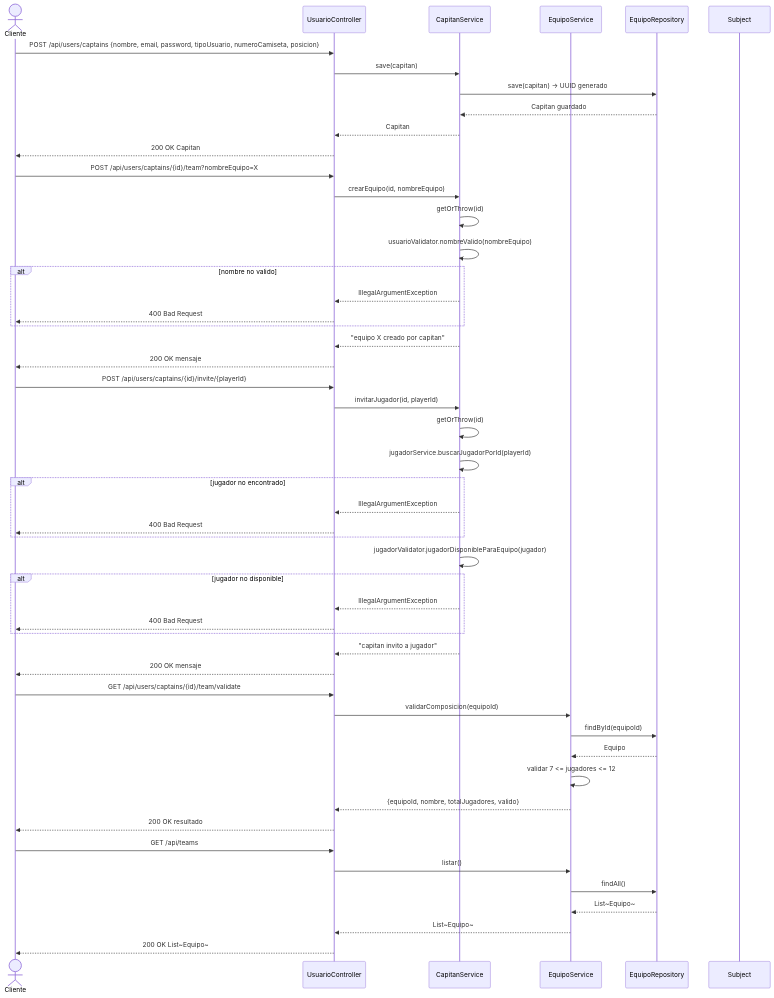
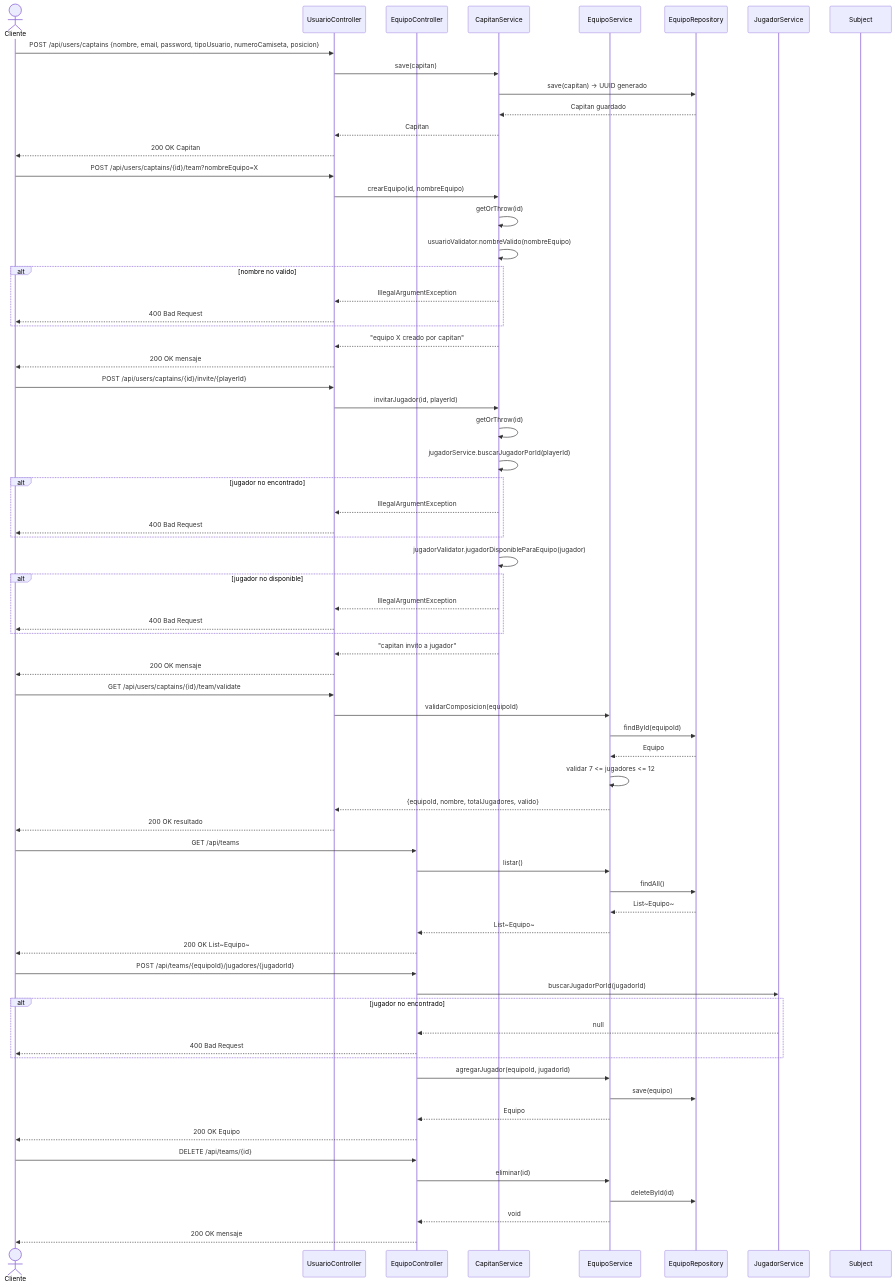
Before and after one commit to nglsz006/SFC_techcup-futbol: the diagram in docs/uml/diagramas-secuencia/04-equipos.md, drawn with Mermaid. The commit also changed 7 other files, not shown here.

Commit message:
docs: actualizar diagramas Mermaid y limpiar archivos viejos

````diff
--- a/docs/uml/diagramas-secuencia/04-equipos.md
+++ b/docs/uml/diagramas-secuencia/04-equipos.md
@@ -4,9 +4,11 @@
 sequenceDiagram
     actor Cliente
     participant UsuarioController
+    participant EquipoController
     participant CapitanService
     participant EquipoService
     participant EquipoRepository
+    participant JugadorService
     participant Subject
 
     %% Crear capitan
@@ -56,10 +58,29 @@
     UsuarioController-->>Cliente: 200 OK resultado
 
     %% Listar equipos
-    Cliente->>UsuarioController: GET /api/teams
-    UsuarioController->>EquipoService: listar()
+    Cliente->>EquipoController: GET /api/teams
+    EquipoController->>EquipoService: listar()
     EquipoService->>EquipoRepository: findAll()
     EquipoRepository-->>EquipoService: List~Equipo~
-    EquipoService-->>UsuarioController: List~Equipo~
-    UsuarioController-->>Cliente: 200 OK List~Equipo~
+    EquipoService-->>EquipoController: List~Equipo~
+    EquipoController-->>Cliente: 200 OK List~Equipo~
+
+    %% Agregar jugador a equipo
+    Cliente->>EquipoController: POST /api/teams/{equipoId}/jugadores/{jugadorId}
+    EquipoController->>JugadorService: buscarJugadorPorId(jugadorId)
+    alt jugador no encontrado
+        JugadorService-->>EquipoController: null
+        EquipoController-->>Cliente: 400 Bad Request
+    end
+    EquipoController->>EquipoService: agregarJugador(equipoId, jugadorId)
+    EquipoService->>EquipoRepository: save(equipo)
+    EquipoService-->>EquipoController: Equipo
+    EquipoController-->>Cliente: 200 OK Equipo
+
+    %% Eliminar equipo
+    Cliente->>EquipoController: DELETE /api/teams/{id}
+    EquipoController->>EquipoService: eliminar(id)
+    EquipoService->>EquipoRepository: deleteById(id)
+    EquipoService-->>EquipoController: void
+    EquipoController-->>Cliente: 200 OK mensaje
 ```
````
